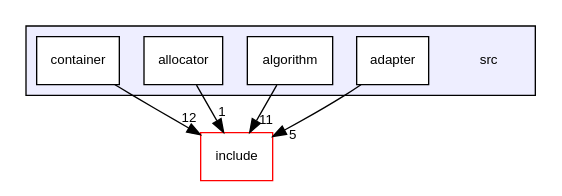
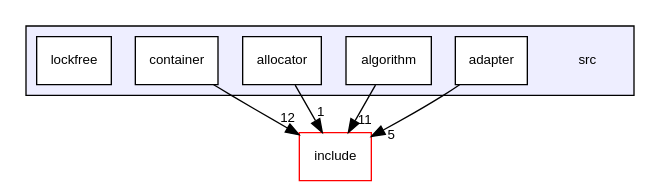
The diagram in docs/dir_68267d1309a1af8e8297ef4c3efbcdba_dep.dot (inie0722/air-ctl), drawn with Graphviz before and after one commit. The commit also changed 232 other files, not shown here.

```diff
--- a/docs/dir_68267d1309a1af8e8297ef4c3efbcdba_dep.dot
+++ b/docs/dir_68267d1309a1af8e8297ef4c3efbcdba_dep.dot
@@ -1,18 +1,19 @@
 digraph "src" {
   compound=true
   node [ fontsize="10", fontname="Helvetica"];
   edge [ labelfontsize="10", labelfontname="Helvetica"];
   subgraph clusterdir_68267d1309a1af8e8297ef4c3efbcdba {
     graph [ bgcolor="#eeeeff", pencolor="black", label="" URL="dir_68267d1309a1af8e8297ef4c3efbcdba.html"];
     dir_68267d1309a1af8e8297ef4c3efbcdba [shape=plaintext label="src"];
   dir_5ca3062ce54a4edb05145e6c32002940 [shape=box label="adapter" fillcolor="white" style="filled" URL="dir_5ca3062ce54a4edb05145e6c32002940.html"];
   dir_fbc178c12bd249518b3c0868875b8083 [shape=box label="algorithm" fillcolor="white" style="filled" URL="dir_fbc178c12bd249518b3c0868875b8083.html"];
   dir_976430ae8fd41999a8980c044d3e2daa [shape=box label="allocator" fillcolor="white" style="filled" URL="dir_976430ae8fd41999a8980c044d3e2daa.html"];
   dir_1b313d86a3cedf427c8a82c0995b1bb6 [shape=box label="container" fillcolor="white" style="filled" URL="dir_1b313d86a3cedf427c8a82c0995b1bb6.html"];
+  dir_345a712ae62148e8f87dba12d519be02 [shape=box label="lockfree" fillcolor="white" style="filled" URL="dir_345a712ae62148e8f87dba12d519be02.html"];
   }
   dir_d44c64559bbebec7f509842c48db8b23 [shape=box label="include" fillcolor="white" style="filled" color="red" URL="dir_d44c64559bbebec7f509842c48db8b23.html"];
-  dir_5ca3062ce54a4edb05145e6c32002940->dir_d44c64559bbebec7f509842c48db8b23 [headlabel="5", labeldistance=1.5 headhref="dir_000016_000012.html"];
-  dir_976430ae8fd41999a8980c044d3e2daa->dir_d44c64559bbebec7f509842c48db8b23 [headlabel="1", labeldistance=1.5 headhref="dir_000018_000012.html"];
-  dir_1b313d86a3cedf427c8a82c0995b1bb6->dir_d44c64559bbebec7f509842c48db8b23 [headlabel="12", labeldistance=1.5 headhref="dir_000019_000012.html"];
-  dir_fbc178c12bd249518b3c0868875b8083->dir_d44c64559bbebec7f509842c48db8b23 [headlabel="11", labeldistance=1.5 headhref="dir_000017_000012.html"];
+  dir_5ca3062ce54a4edb05145e6c32002940->dir_d44c64559bbebec7f509842c48db8b23 [headlabel="5", labeldistance=1.5 headhref="dir_000026_000020.html"];
+  dir_976430ae8fd41999a8980c044d3e2daa->dir_d44c64559bbebec7f509842c48db8b23 [headlabel="1", labeldistance=1.5 headhref="dir_000028_000020.html"];
+  dir_1b313d86a3cedf427c8a82c0995b1bb6->dir_d44c64559bbebec7f509842c48db8b23 [headlabel="12", labeldistance=1.5 headhref="dir_000029_000020.html"];
+  dir_fbc178c12bd249518b3c0868875b8083->dir_d44c64559bbebec7f509842c48db8b23 [headlabel="11", labeldistance=1.5 headhref="dir_000027_000020.html"];
 }
```
